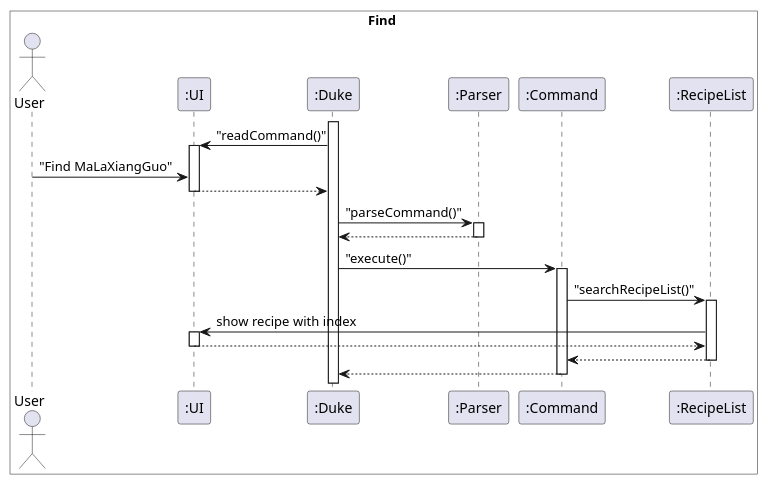
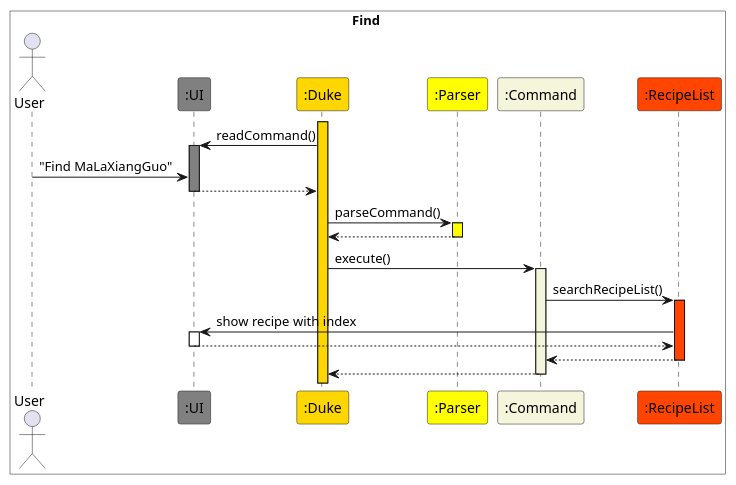
The diagram in docs/PlantUML/FindRecipe.puml (nus-cs2113-AY2223S2/tp), drawn with PlantUML before and after one commit. The commit also changed 3 other files, not shown here.

Commit message:
Updates FindRecipe plant uml diagram

```diff
--- a/docs/PlantUML/FindRecipe.puml
+++ b/docs/PlantUML/FindRecipe.puml
@@ -1,34 +1,35 @@
 @startuml Recipe Find
 box Find #White
 Actor User
-participant ":UI" as UI
-participant ":Duke" as Duke
-participant ":Parser" as Parser
-participant ":Command" as Command
-participant ":RecipeList" as RecipeList
+participant ":UI" as UI #Gray
+participant ":Duke" as Duke #Gold
+participant ":Parser" as Parser #Yellow
+participant ":Command" as Command #Beige
+participant ":RecipeList" as RecipeList #OrangeRed
 end box
-activate Duke
-Duke -> UI : "readCommand()"
-activate UI
+
+activate Duke #Gold
+Duke -> UI : readCommand()
+activate UI #Gray
 User -> UI : "Find MaLaXiangGuo"
 UI --> Duke
 deactivate UI
-Duke -> Parser : "parseCommand()"
-activate Parser
+Duke -> Parser : parseCommand()
+activate Parser #Yellow
 Parser --> Duke
 deactivate Parser
-Duke -> Command : "execute()"
-activate Command
-Command -> RecipeList : "searchRecipeList()"
-activate RecipeList
+Duke -> Command : execute()
+activate Command #Beige
+Command -> RecipeList : searchRecipeList()
+activate RecipeList #OrangeRed
 RecipeList -> UI : show recipe with index
 activate UI
 UI --> RecipeList
 deactivate UI
 RecipeList --> Command
 deactivate RecipeList
 Command --> Duke
 deactivate Command
 
 
 @enduml
```
